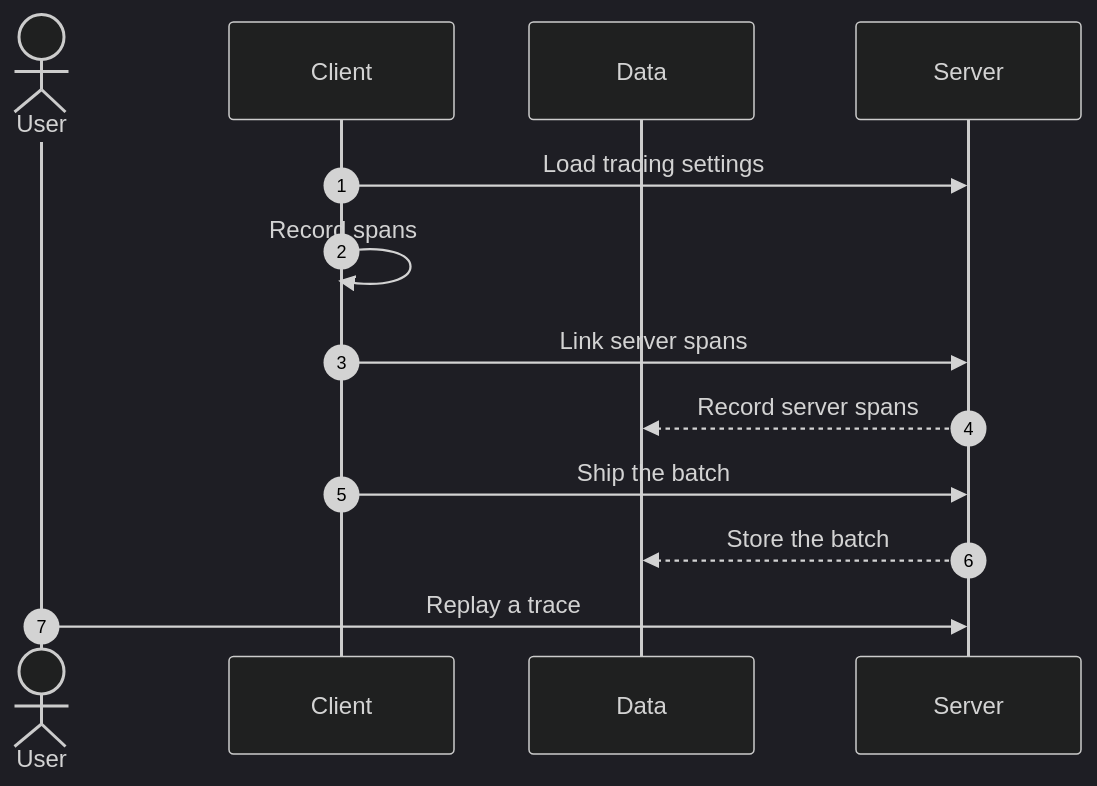
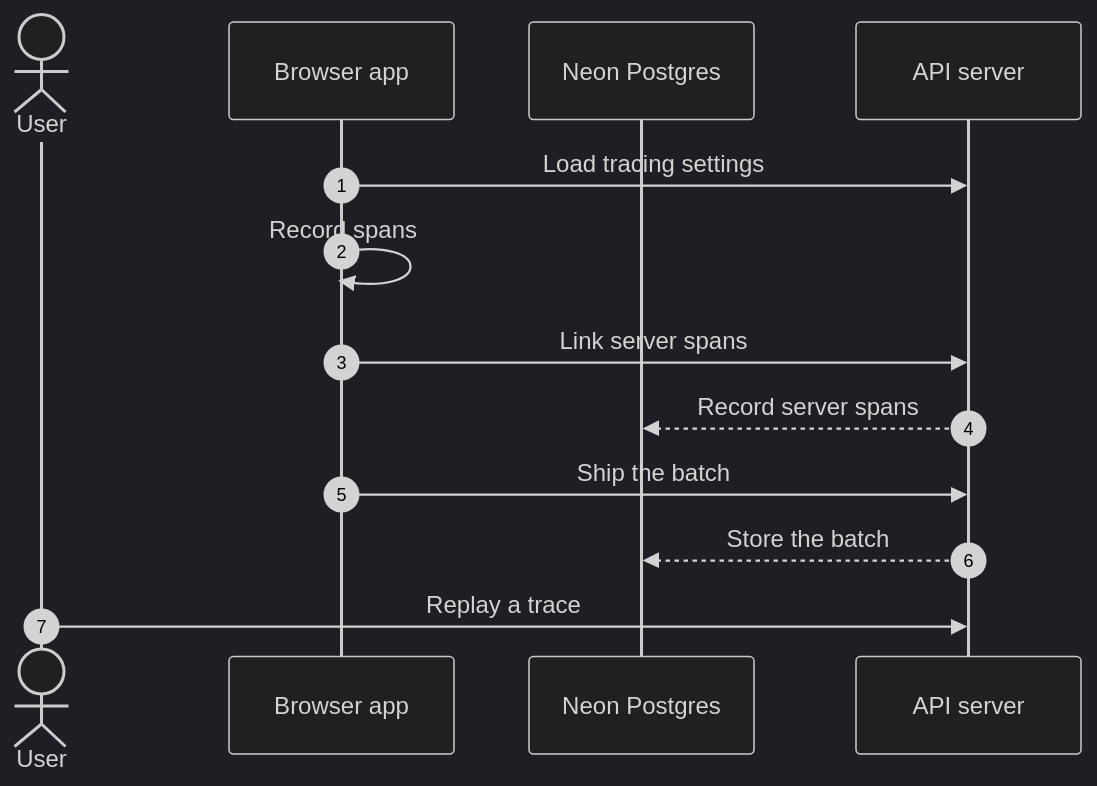
Before and after one commit to lngsa1234/mini-muse-mvp: the diagram in docs/architecture/workflows/tracing.md, drawn with Mermaid (dark theme). The commit also changed other lines of this file and 23 other files, not shown here.

````diff
--- a/docs/architecture/workflows/tracing.md
+++ b/docs/architecture/workflows/tracing.md
@@ -15,15 +15,15 @@
 ```mermaid
 sequenceDiagram
   autonumber
   actor user as User
-  participant client as Client
-  participant data as Data
-  participant server as Server
+  participant client as Browser app
+  participant data as Neon Postgres
+  participant server as API server
   client->>server: Load tracing settings
   client->>client: Record spans
   client->>server: Link server spans
   server-->>data: Record server spans
   client->>server: Ship the batch
   server-->>data: Store the batch
   user->>server: Replay a trace
 ```
````
